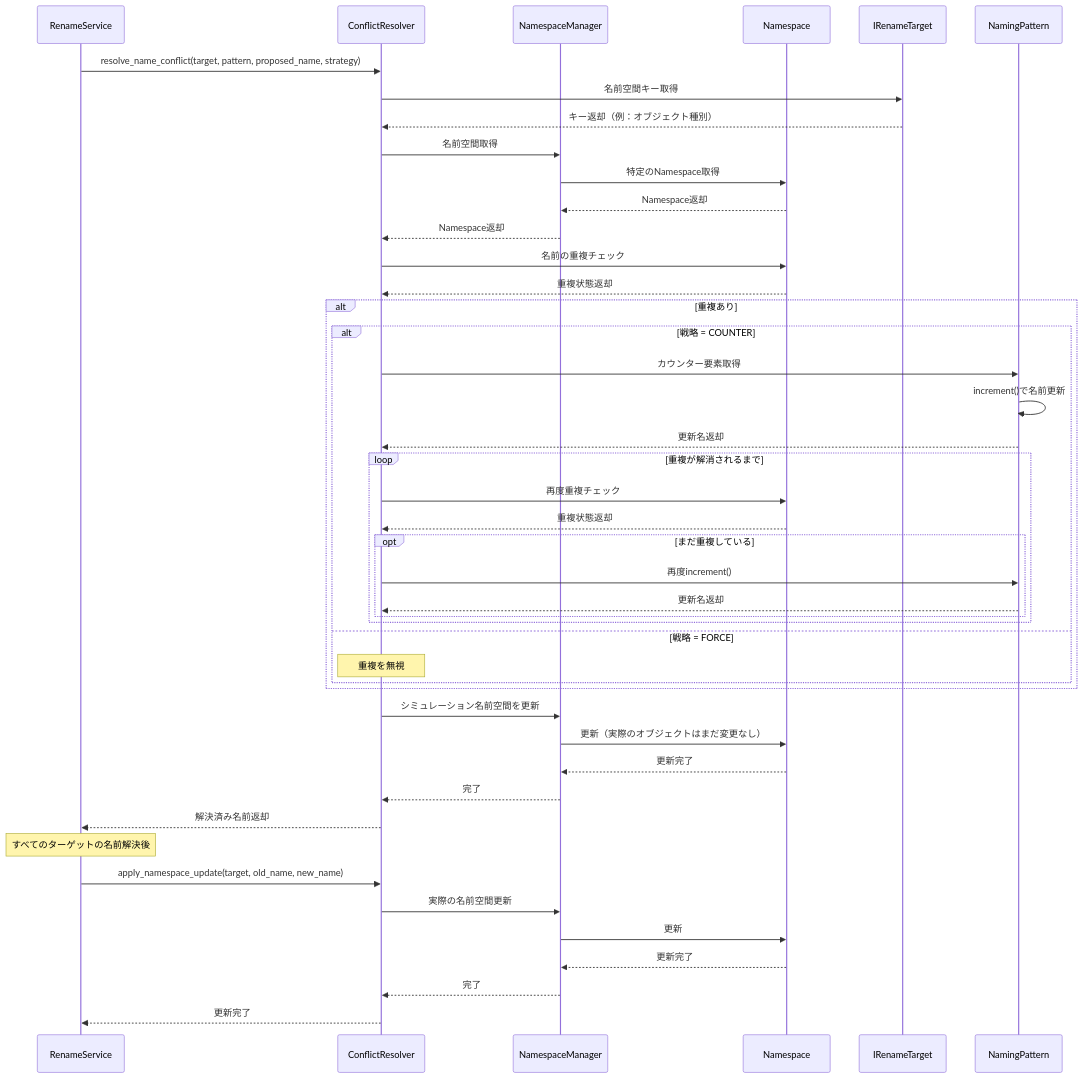
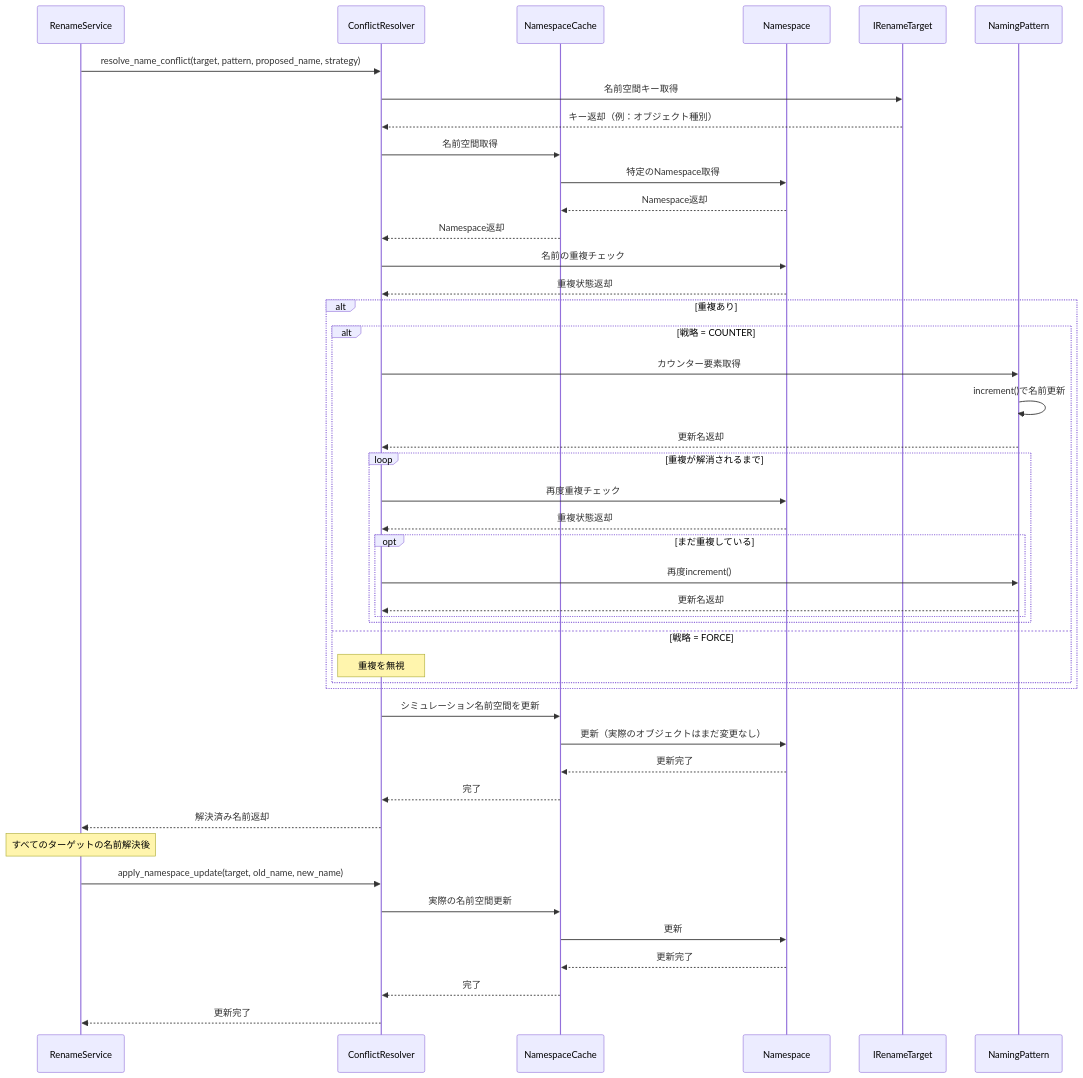
The second of 3 diagrams in docs/source/development/design_notes/class_diagrams.rst (Pluglug/modular-renamer), drawn with Mermaid before and after one commit. The commit also changed other lines of this file and 13 other files, not shown here.

```diff
--- a/docs/source/development/design_notes/class_diagrams.rst
+++ b/docs/source/development/design_notes/class_diagrams.rst
@@ -81,59 +81,59 @@
 .. mermaid::
     :caption: 名前空間管理と競合解決フロー
     :zoom:
 
     sequenceDiagram
         participant RenameService
         participant ConflictResolver
-        participant NamespaceManager
+        participant NamespaceCache
         participant Namespace
         participant IRenameTarget
         participant NamingPattern
         
         RenameService->>ConflictResolver: resolve_name_conflict(target, pattern, proposed_name, strategy)
         ConflictResolver->>IRenameTarget: 名前空間キー取得
         IRenameTarget-->>ConflictResolver: キー返却（例：オブジェクト種別）
         
-        ConflictResolver->>NamespaceManager: 名前空間取得
-        NamespaceManager->>Namespace: 特定のNamespace取得
-        Namespace-->>NamespaceManager: Namespace返却
-        NamespaceManager-->>ConflictResolver: Namespace返却
+        ConflictResolver->>NamespaceCache: 名前空間取得
+        NamespaceCache->>Namespace: 特定のNamespace取得
+        Namespace-->>NamespaceCache: Namespace返却
+        NamespaceCache-->>ConflictResolver: Namespace返却
         
         ConflictResolver->>Namespace: 名前の重複チェック
         Namespace-->>ConflictResolver: 重複状態返却
         
         alt 重複あり
             alt 戦略 = COUNTER
                 ConflictResolver->>NamingPattern: カウンター要素取得
                 NamingPattern->>NamingPattern: increment()で名前更新
                 NamingPattern-->>ConflictResolver: 更新名返却
                 
                 loop 重複が解消されるまで
                     ConflictResolver->>Namespace: 再度重複チェック
                     Namespace-->>ConflictResolver: 重複状態返却
                     
                     opt まだ重複している
                         ConflictResolver->>NamingPattern: 再度increment()
                         NamingPattern-->>ConflictResolver: 更新名返却
                     end
                 end
             else 戦略 = FORCE
                 Note over ConflictResolver: 重複を無視
             end
         end
         
-        ConflictResolver->>NamespaceManager: シミュレーション名前空間を更新
-        NamespaceManager->>Namespace: 更新（実際のオブジェクトはまだ変更なし）
-        Namespace-->>NamespaceManager: 更新完了
-        NamespaceManager-->>ConflictResolver: 完了
+        ConflictResolver->>NamespaceCache: シミュレーション名前空間を更新
+        NamespaceCache->>Namespace: 更新（実際のオブジェクトはまだ変更なし）
+        Namespace-->>NamespaceCache: 更新完了
+        NamespaceCache-->>ConflictResolver: 完了
         
         ConflictResolver-->>RenameService: 解決済み名前返却
         
         Note over RenameService: すべてのターゲットの名前解決後
         
         RenameService->>ConflictResolver: apply_namespace_update(target, old_name, new_name)
-        ConflictResolver->>NamespaceManager: 実際の名前空間更新
-        NamespaceManager->>Namespace: 更新
-        Namespace-->>NamespaceManager: 更新完了
-        NamespaceManager-->>ConflictResolver: 完了
+        ConflictResolver->>NamespaceCache: 実際の名前空間更新
+        NamespaceCache->>Namespace: 更新
+        Namespace-->>NamespaceCache: 更新完了
+        NamespaceCache-->>ConflictResolver: 完了
         ConflictResolver-->>RenameService: 更新完了
```
